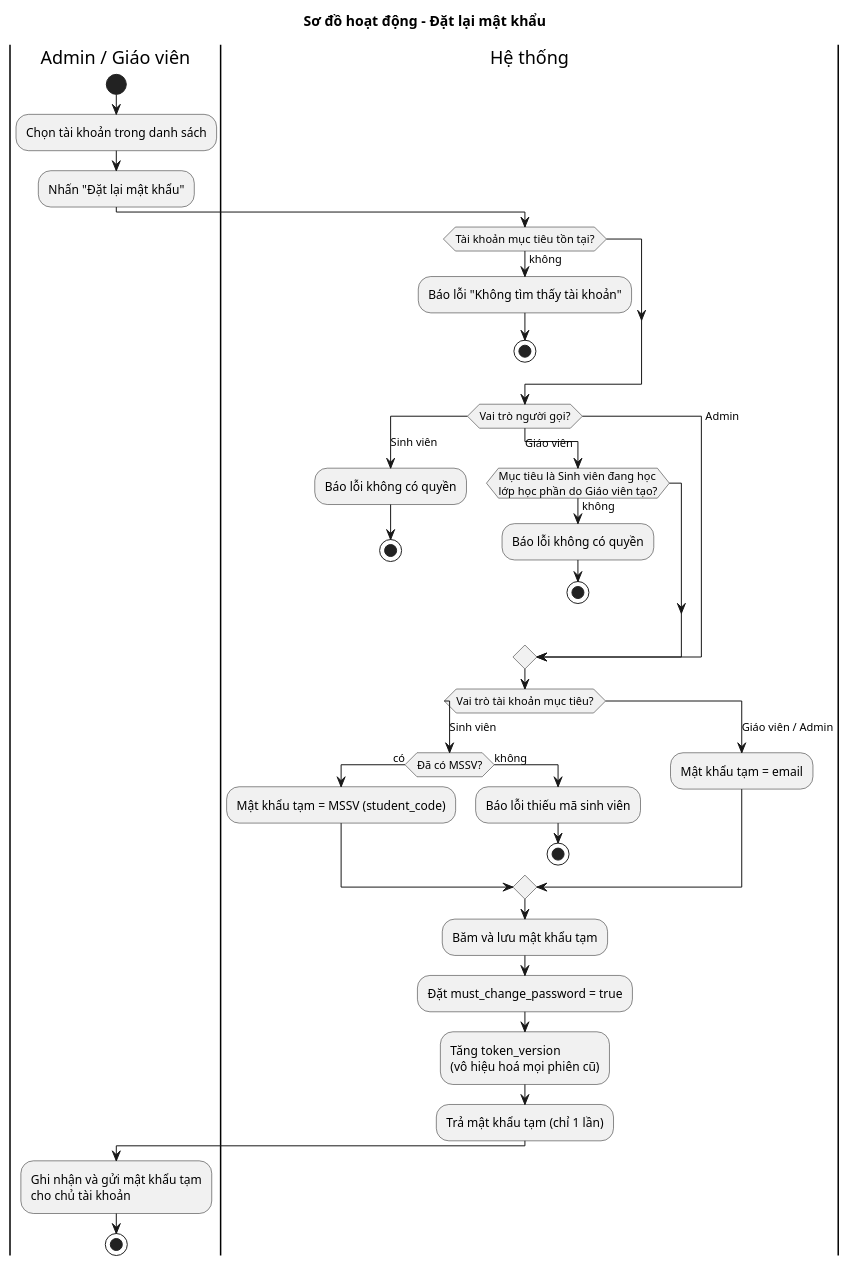
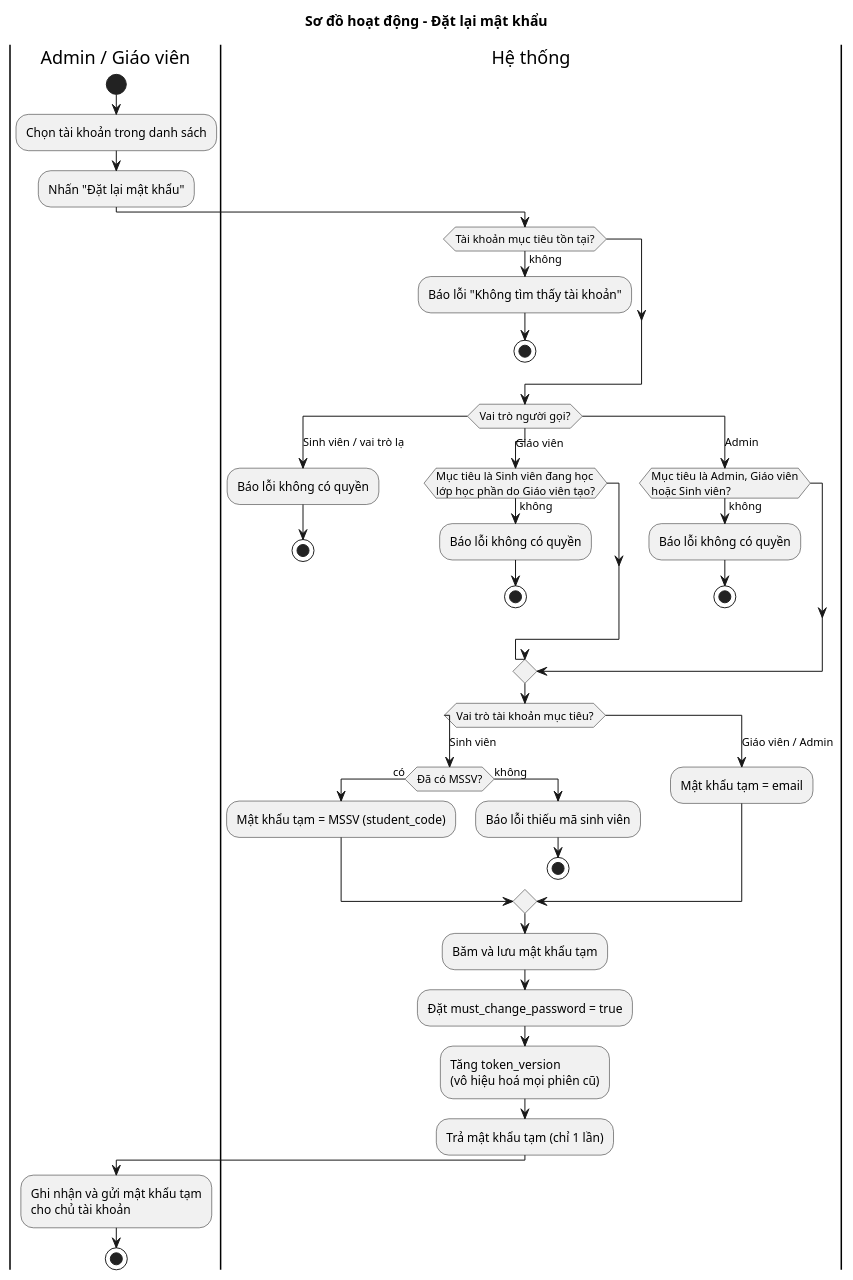
The diagram in docs/diagrams/activity/activity-reset-password.puml (dinhnhathuyennhan/leet-code-utc2), drawn with PlantUML before and after one commit. The commit also changed 21 other files, not shown here.

Commit message:
docs: sync API contracts, use cases and diagrams with account, class and grading changes

```diff
--- a/docs/diagrams/activity/activity-reset-password.puml
+++ b/docs/diagrams/activity/activity-reset-password.puml
@@ -1,50 +1,54 @@
 @startuml activity-reset-password
 ' Đặt lại mật khẩu, theo modules/users/service.py::reset_password
 skinparam shadowing false
 skinparam monochrome true
 skinparam defaultFontName Arial
 
 title Sơ đồ hoạt động - Đặt lại mật khẩu
 
 |Admin / Giáo viên|
 start
 :Chọn tài khoản trong danh sách;
 :Nhấn "Đặt lại mật khẩu";
 |Hệ thống|
 if (Tài khoản mục tiêu tồn tại?) then (không)
   :Báo lỗi "Không tìm thấy tài khoản";
   stop
 endif
 switch (Vai trò người gọi?)
-case (Sinh viên)
+case (Sinh viên / vai trò lạ)
   :Báo lỗi không có quyền;
   stop
 case (Giáo viên)
   if (Mục tiêu là Sinh viên đang học\nlớp học phần do Giáo viên tạo?) then (không)
     :Báo lỗi không có quyền;
     stop
   endif
 case (Admin)
+  if (Mục tiêu là Admin, Giáo viên\nhoặc Sinh viên?) then (không)
+    :Báo lỗi không có quyền;
+    stop
+  endif
 endswitch
 switch (Vai trò tài khoản mục tiêu?)
 case (Sinh viên)
   if (Đã có MSSV?) then (có)
     :Mật khẩu tạm = MSSV (student_code);
   else (không)
     :Báo lỗi thiếu mã sinh viên;
     stop
   endif
 case (Giáo viên / Admin)
   :Mật khẩu tạm = email;
 endswitch
 :Băm và lưu mật khẩu tạm;
 :Đặt must_change_password = true;
 :Tăng token_version
 (vô hiệu hoá mọi phiên cũ);
 :Trả mật khẩu tạm (chỉ 1 lần);
 |Admin / Giáo viên|
 :Ghi nhận và gửi mật khẩu tạm
 cho chủ tài khoản;
 stop
 
 @enduml
```
